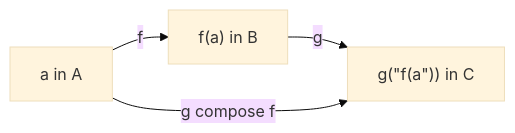
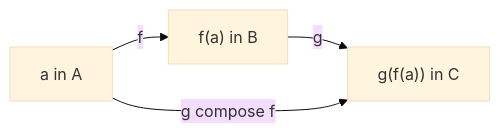
The diagram in docs/math/discrete/functions-sequences-sums.md (justinbrianhwang/SJ-wiki), drawn with Mermaid (base theme) before and after one commit. The commit also changed 83 other files, not shown here.

Commit message:
Fix Mermaid #quot; artifacts from broken sanitizer + add fix-mermaid-broken-quot.py tool (77 files repaired)

````diff
--- a/docs/math/discrete/functions-sequences-sums.md
+++ b/docs/math/discrete/functions-sequences-sums.md
@@ -75,6 +75,6 @@
 ```mermaid
 graph LR
   A1[a in A] -->|f| B1["f(a) in B"]
-  B1 -->|g| C1["g(#quot;f(a#quot;)) in C"]
+  B1 -->|g| C1["g(f(a)) in C"]
   A1 -->|g compose f| C1
 ```
````
